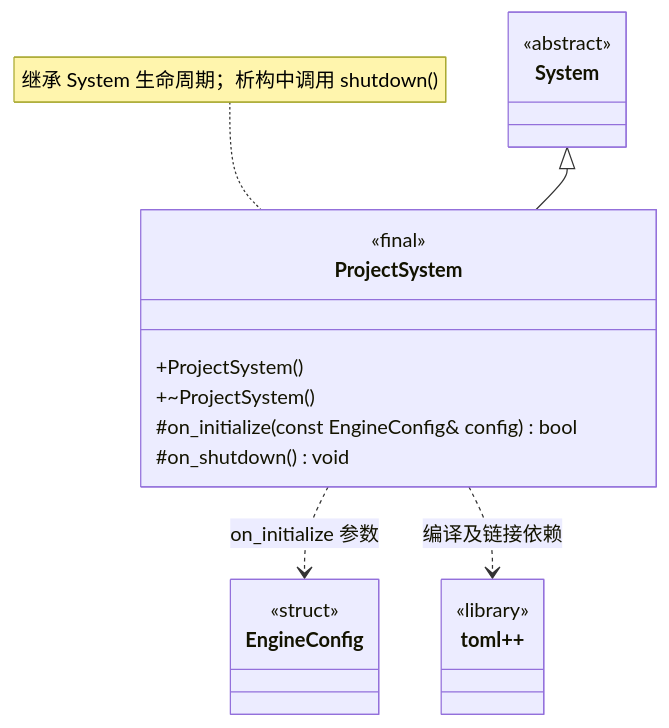
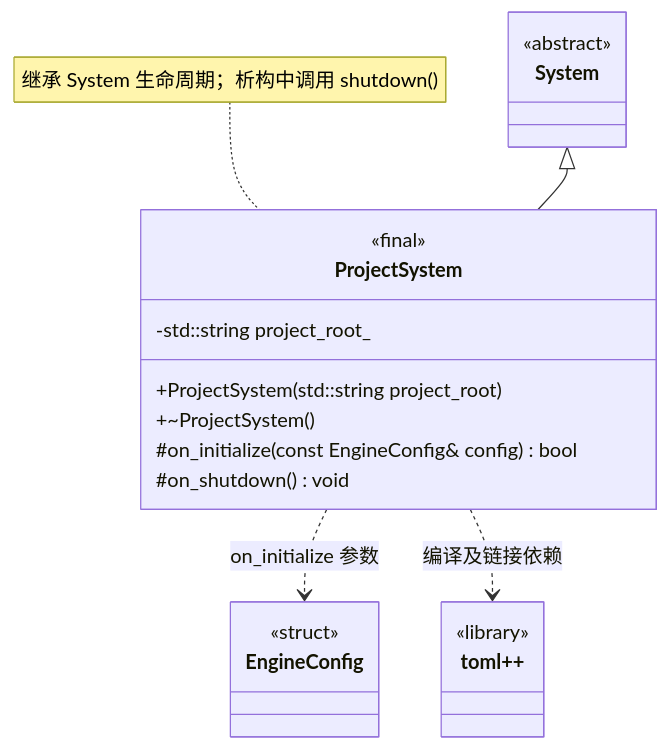
Before and after one commit to lcals/Engine: the diagram in docs/class-diagrams/project-system.md, drawn with Mermaid. The commit also changed other lines of this file and 63 other files, not shown here.

````diff
--- a/docs/class-diagrams/project-system.md
+++ b/docs/class-diagrams/project-system.md
@@ -7,24 +7,25 @@
 ```mermaid
 classDiagram
     direction TB
     class ProjectSystem {
         <<final>>
-        +ProjectSystem()
+        +ProjectSystem(std::string project_root)
         +~ProjectSystem()
+        -std::string project_root_
         #on_initialize(const EngineConfig& config) bool
         #on_shutdown() void
     }
     class System {
         <<abstract>>
     }
     class EngineConfig {
         <<struct>>
     }
     class tomlplusplus["toml++"] {
         <<library>>
     }
     System <|-- ProjectSystem
     ProjectSystem ..> EngineConfig : on_initialize 参数
     ProjectSystem ..> tomlplusplus : 编译及链接依赖
     note for ProjectSystem "继承 System 生命周期；析构中调用 shutdown()"
 ```
````
